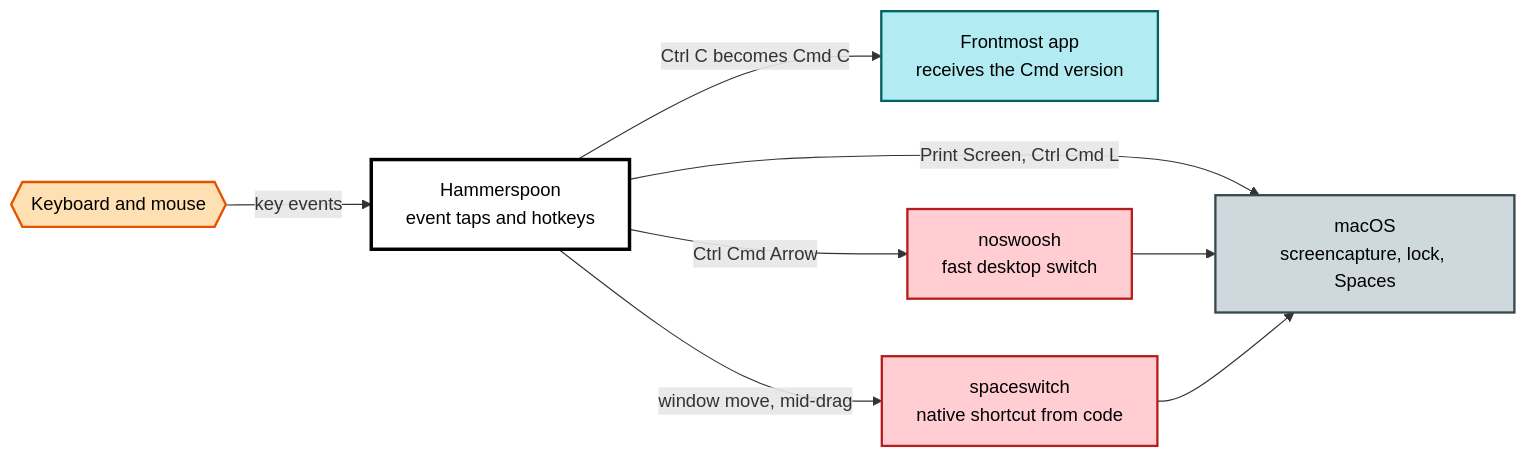
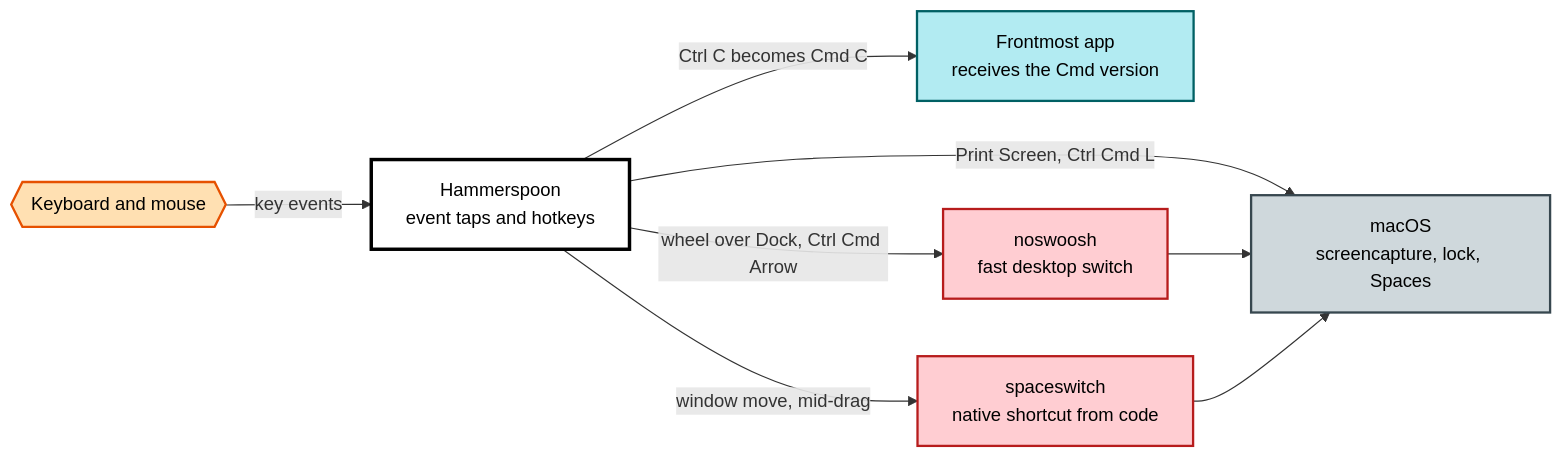
One commit to yupipi93/mac-muscle-memory changed the diagram in README.md. Above: the diagram before and after it, drawn with Mermaid. The commit also changed other lines of this file and 8 other files, not shown here.

````diff
--- a/README.md
+++ b/README.md
@@ -98,23 +98,23 @@
 ```mermaid
 flowchart LR
     KB{{Keyboard and mouse}}:::input
     HS[Hammerspoon<br/>event taps and hotkeys]:::primary
     APP[Frontmost app<br/>receives the Cmd version]:::output
     NS[noswoosh<br/>fast desktop switch]:::compute
     SS[spaceswitch<br/>native shortcut from code]:::compute
     SYS[macOS<br/>screencapture, lock, Spaces]:::infra
 
     KB -->|key events| HS
     HS -->|Ctrl C becomes Cmd C| APP
-    HS -->|Ctrl Cmd Arrow| NS
+    HS -->|wheel over Dock, Ctrl Cmd Arrow| NS
     HS -->|window move, mid-drag| SS
     HS -->|Print Screen, Ctrl Cmd L| SYS
     NS --> SYS
     SS --> SYS
 
     classDef primary fill:#ffffff,stroke:#000000,stroke-width:3px,color:#000
     classDef input   fill:#ffe0b2,stroke:#e65100,stroke-width:2px,color:#000
     classDef output  fill:#b2ebf2,stroke:#006064,stroke-width:2px,color:#000
     classDef compute fill:#ffcdd2,stroke:#b71c1c,stroke-width:2px,color:#000
     classDef infra   fill:#cfd8dc,stroke:#37474f,stroke-width:2px,color:#000
 ```
````
